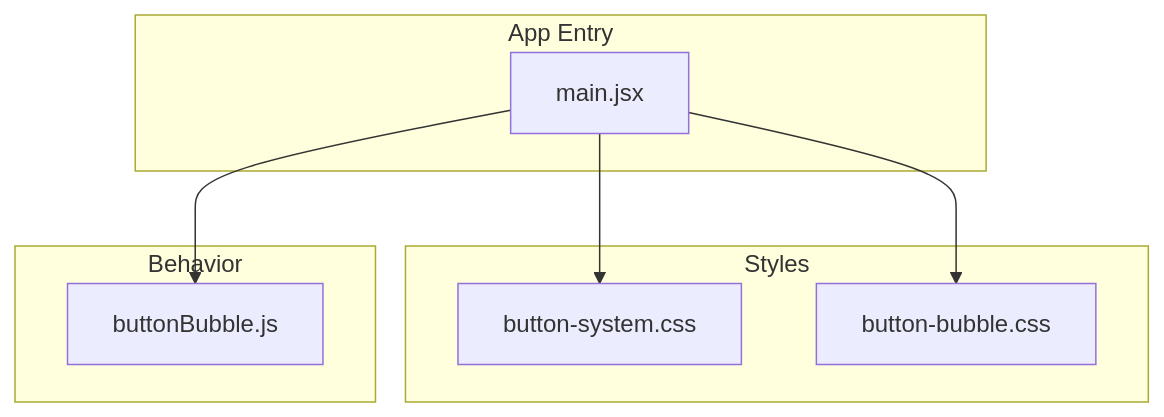
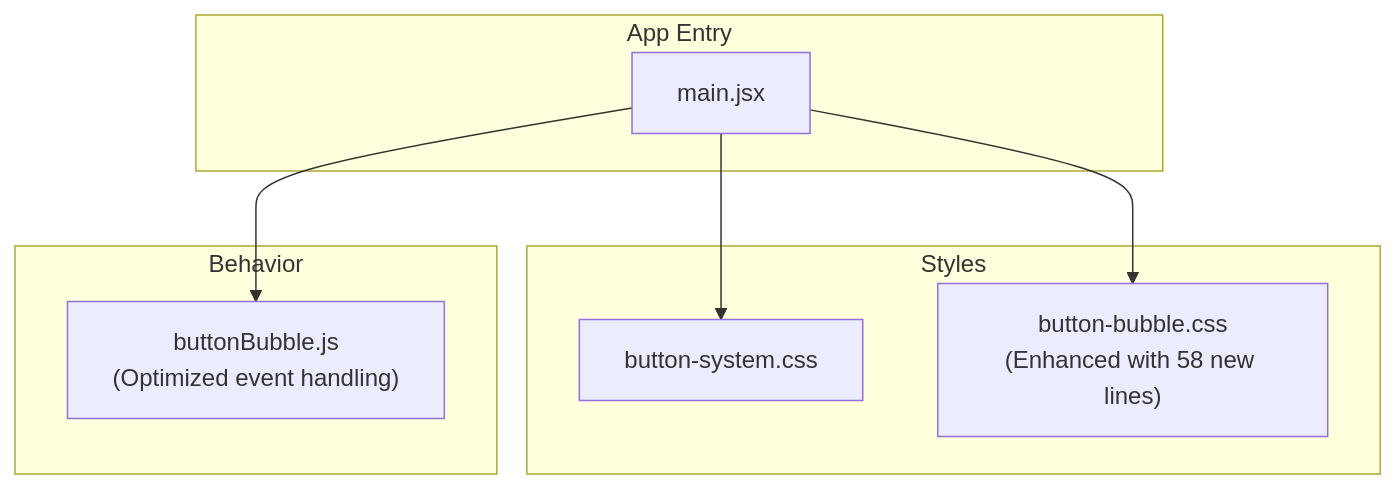
One commit to Theja4/podiummomentum changed the first of 4 diagrams in .qoder/repowiki/en/content/Styling and Design System/Component Styling Patterns/Button System Architecture.md. Above: the diagram before and after it, drawn with Mermaid. The commit also changed other lines of this file and 24 other files, not shown here.

````diff
--- a/.qoder/repowiki/en/content/Styling and Design System/Component Styling Patterns/Button System Architecture.md
+++ b/.qoder/repowiki/en/content/Styling and Design System/Component Styling Patterns/Button System Architecture.md
@@ -41,16 +51,16 @@
 ```mermaid
 graph TB
 subgraph "Styles"
 BS["button-system.css"]
-BB["button-bubble.css"]
+BB["button-bubble.css<br/>(Enhanced with 58 new lines)"]
 end
 subgraph "Behavior"
-BJS["buttonBubble.js"]
+BJS["buttonBubble.js<br/>(Optimized event handling)"]
 end
 subgraph "App Entry"
 MJS["main.jsx"]
 end
 MJS --> BS
 MJS --> BB
 MJS --> BJS
 ```
````
